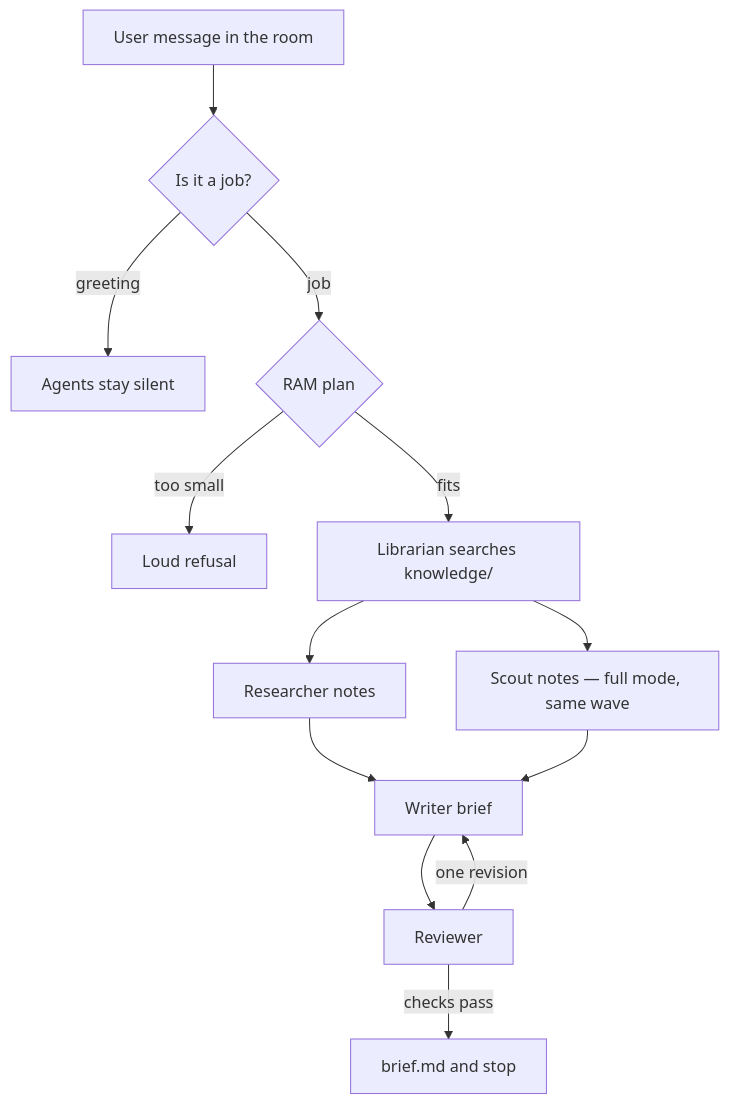
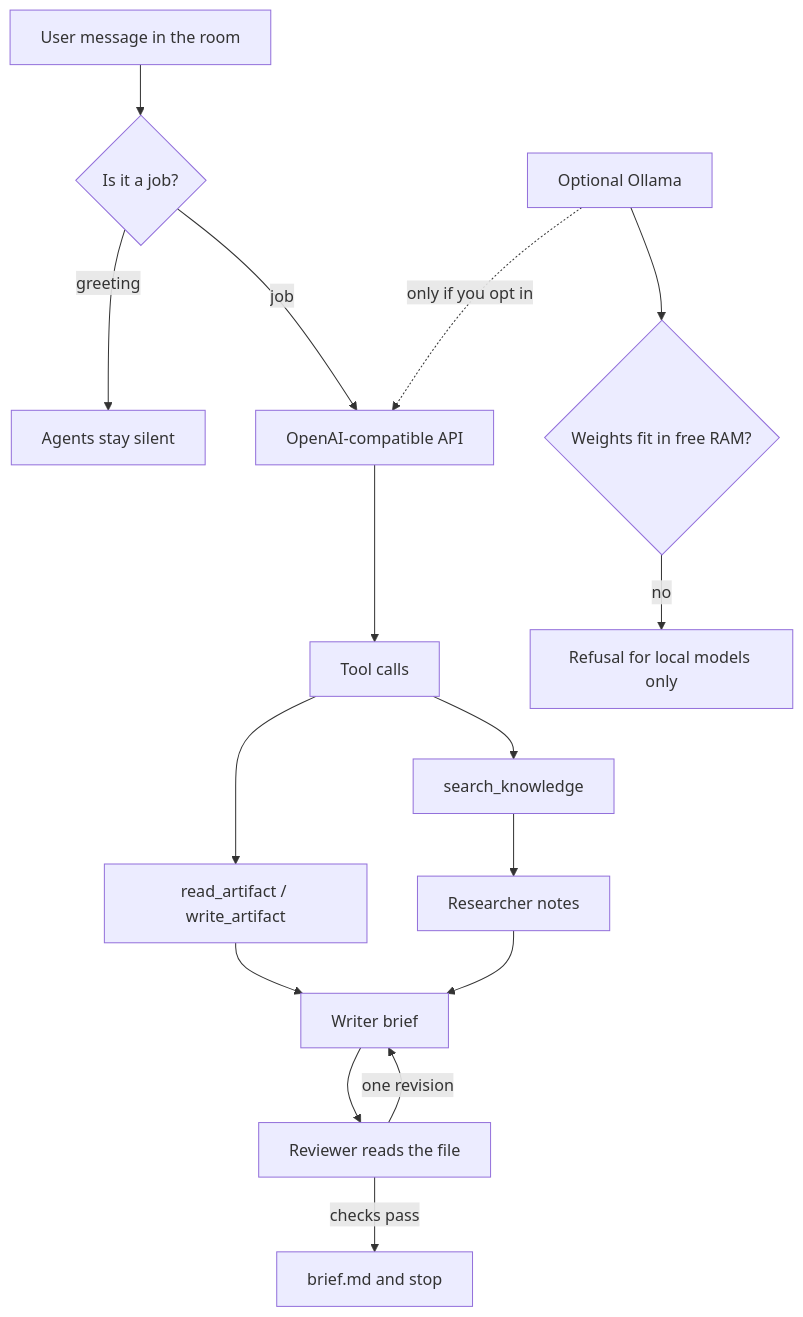
The diagram in README.md (Nonarkara/diy-rag-chatbot), drawn with Mermaid before and after one commit. The commit also changed other lines of this file and 14 other files, not shown here.

First line of the commit message:
Make cheap APIs and tool calls the workshop's primary path.

````diff
--- a/README.md
+++ b/README.md
@@ -79,15 +72,18 @@
 ```mermaid
 flowchart TD
   user[User message in the room] --> gate{Is it a job?}
   gate -->|greeting| quiet[Agents stay silent]
-  gate -->|job| ram{RAM plan}
-  ram -->|too small| refuse[Loud refusal]
-  ram -->|fits| lib[Librarian searches knowledge/]
-  lib --> research[Researcher notes]
-  lib --> scout[Scout notes — full mode, same wave]
-  research --> writer[Writer brief]
-  scout --> writer
-  writer --> reviewer[Reviewer]
+  gate -->|job| api[OpenAI-compatible API]
+  api --> tools[Tool calls]
+  tools --> search[search_knowledge]
+  tools --> files[read_artifact / write_artifact]
+  search --> research[Researcher notes]
+  files --> writer[Writer brief]
+  research --> writer
+  writer --> reviewer[Reviewer reads the file]
   reviewer -->|one revision| writer
   reviewer -->|checks pass| brief[brief.md and stop]
+  local[Optional Ollama] -.->|only if you opt in| api
+  local --> ram{Weights fit in free RAM?}
+  ram -->|no| refuse[Refusal for local models only]
 ```
````
